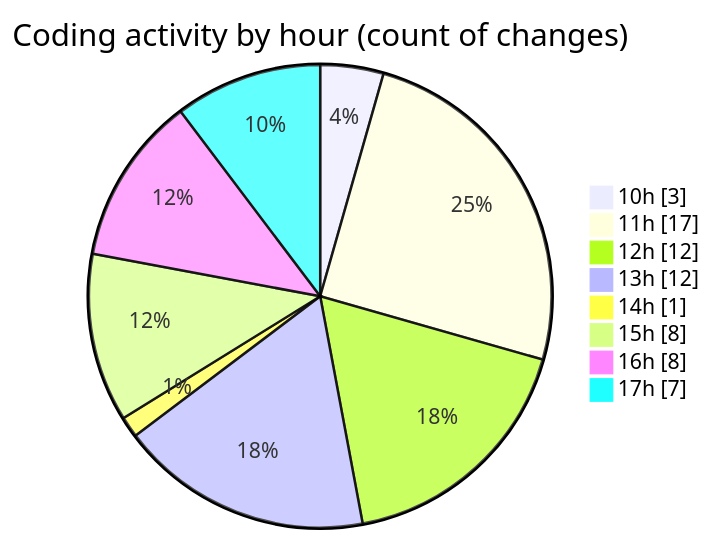
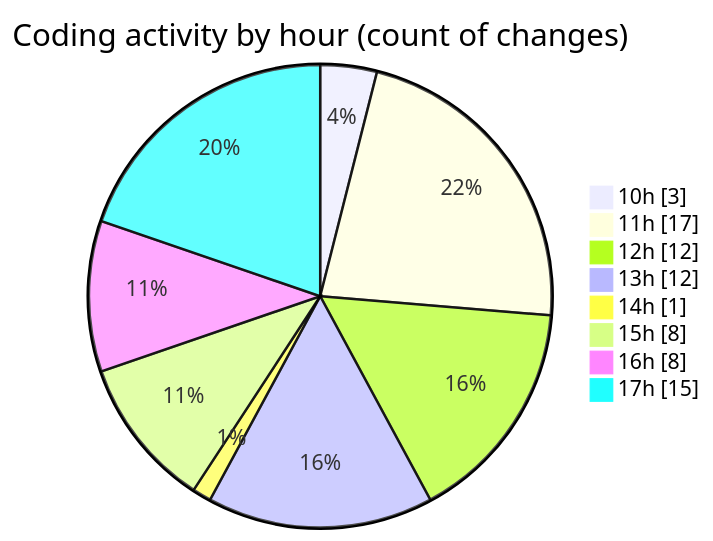
Before and after one commit to nxtqubesakshisongat/code-tracking: the second of 2 diagrams in 2025-09-19/nxtqube_webapp/README.md, drawn with Mermaid. The commit also changed other lines of this file and 1 other file, not shown here.

````diff
--- a/2025-09-19/nxtqube_webapp/README.md
+++ b/2025-09-19/nxtqube_webapp/README.md
@@ -33,12 +34,12 @@
 ```mermaid
 pie showData
 title Coding activity by hour (count of changes)
 "10h" : 3
 "11h" : 17
 "12h" : 12
 "13h" : 12
 "14h" : 1
 "15h" : 8
 "16h" : 8
-"17h" : 7
+"17h" : 15
 ```
````
